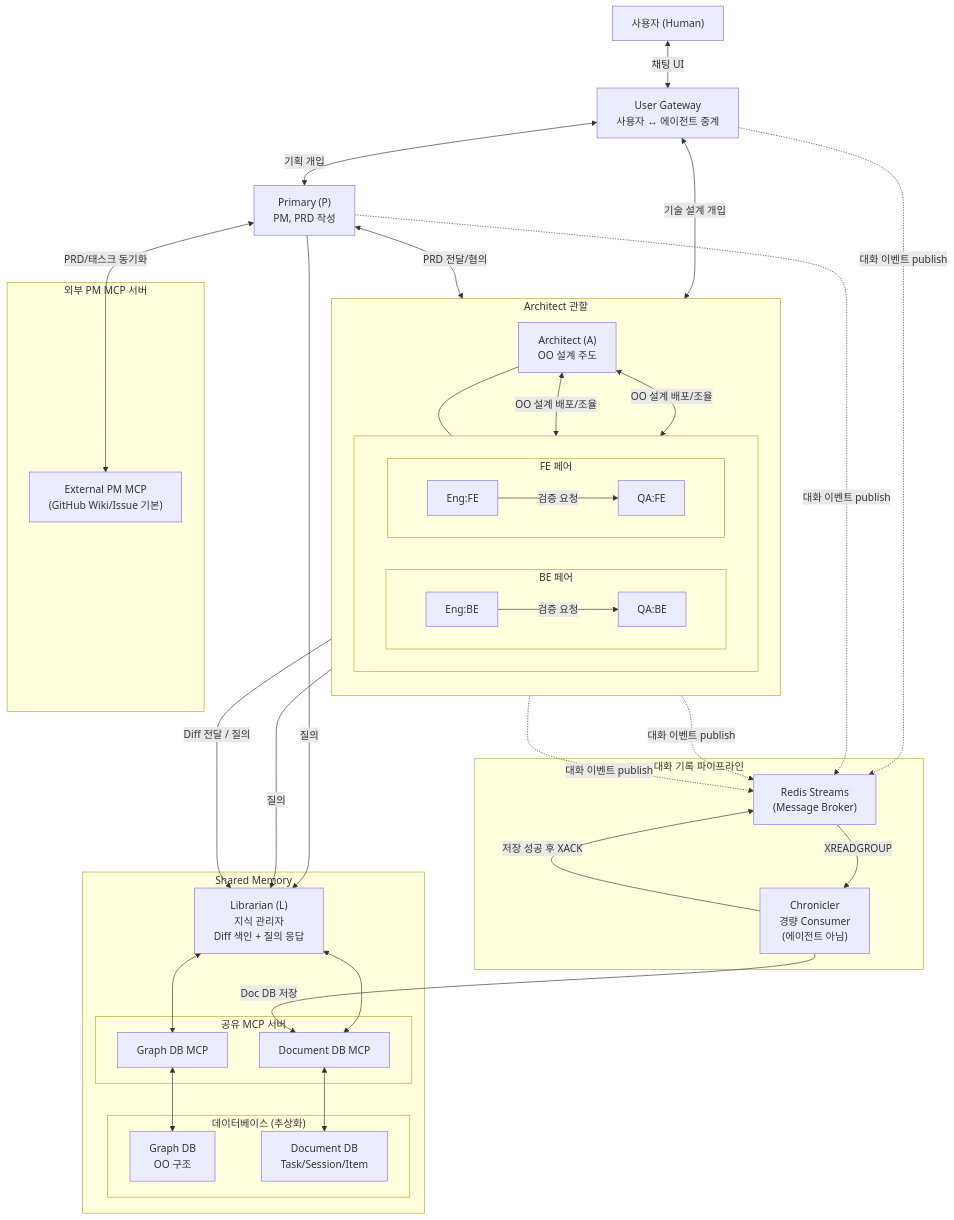
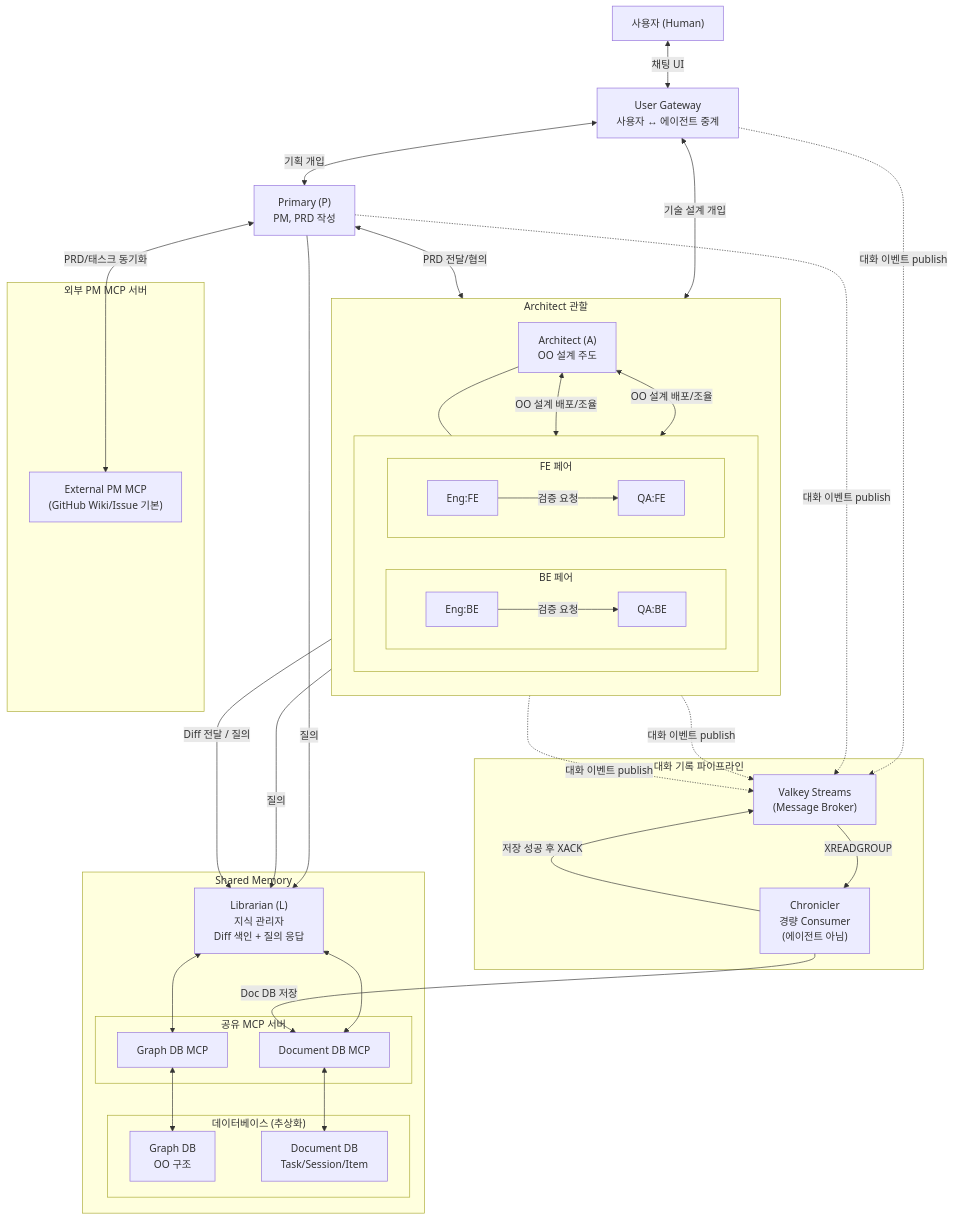
Before and after one commit to vonkernel/dev-team: the first of 13 diagrams in docs/proposal.md, drawn with Mermaid. The commit also changed other lines of this file and 2 other files, not shown here.

First line of the commit message:
chore: migrate Redis to Valkey 9 (#12)

```diff
--- a/docs/proposal.md
+++ b/docs/proposal.md
@@ -76,7 +76,7 @@
     end
 
     subgraph EventPipe["대화 기록 파이프라인"]
-        Broker["Redis Streams<br/>(Message Broker)"]
+        Broker["Valkey Streams<br/>(Message Broker)"]
         Chronicler["Chronicler<br/>경량 Consumer<br/>(에이전트 아님)"]
     end
 
```
